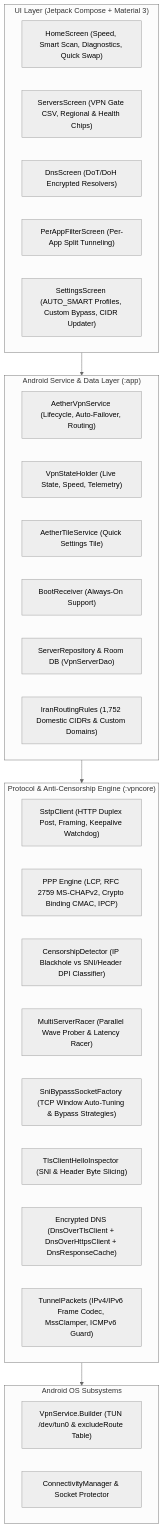
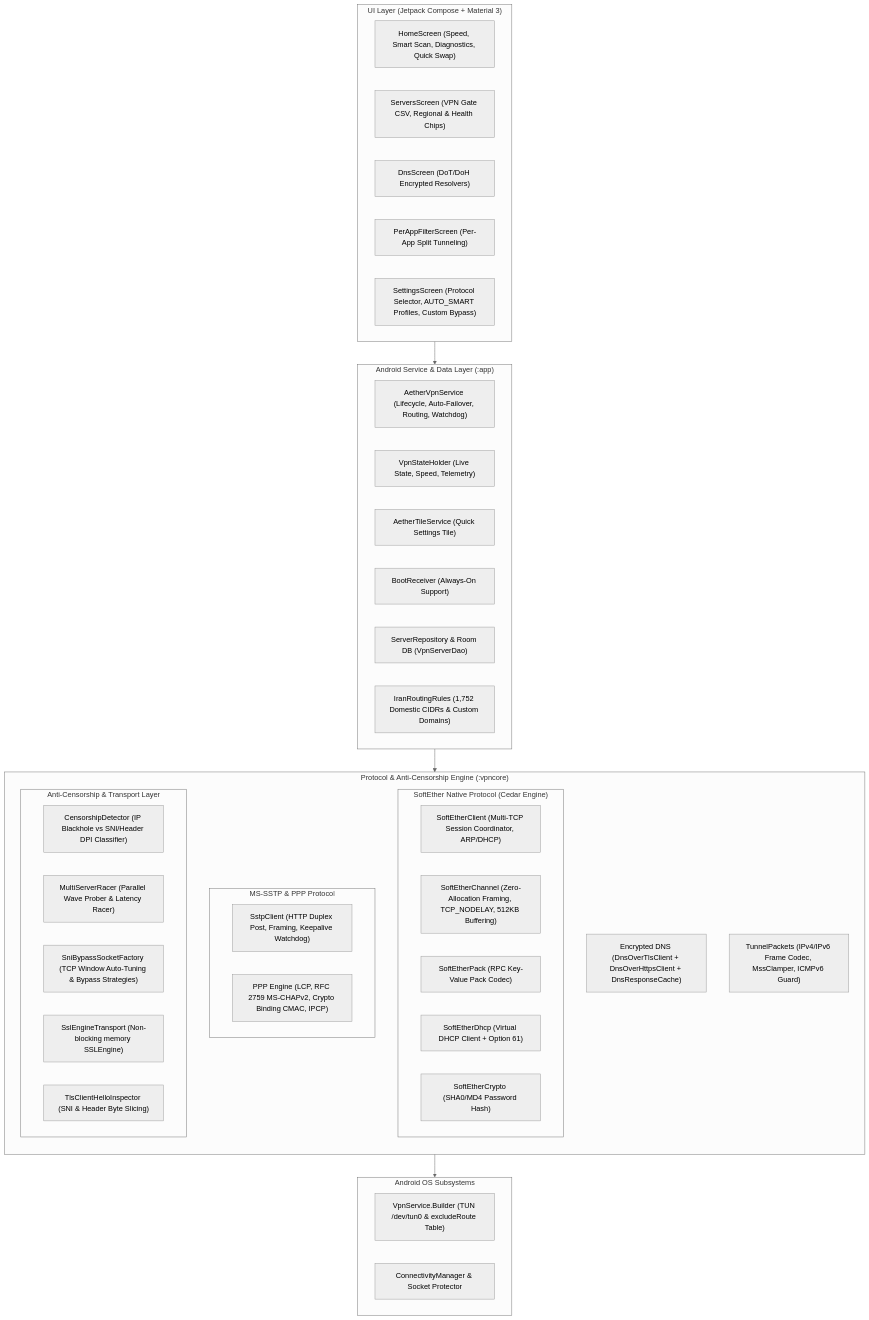
Before and after one commit to hadi3146/vpn: the diagram in README.md, drawn with Mermaid (neutral theme). The commit also changed other lines of this file and 11 other files, not shown here.

Commit message:
feat(softether): v1.9.0 release with native multi-TCP bonding, zero-allocation data pump, TCP_NODELAY, and comprehensive documentation

````diff
--- a/README.md
+++ b/README.md
@@ -42,39 +43,55 @@
 ```mermaid
 flowchart TD
     subgraph UI ["UI Layer (Jetpack Compose + Material 3)"]
         Home["HomeScreen (Speed, Smart Scan, Diagnostics, Quick Swap)"]
         Servers["ServersScreen (VPN Gate CSV, Regional & Health Chips)"]
         DNS["DnsScreen (DoT/DoH Encrypted Resolvers)"]
         Apps["PerAppFilterScreen (Per-App Split Tunneling)"]
-        Settings["SettingsScreen (AUTO_SMART Profiles, Custom Bypass, CIDR Updater)"]
+        Settings["SettingsScreen (Protocol Selector, AUTO_SMART Profiles, Custom Bypass)"]
     end
 
     subgraph AppService ["Android Service & Data Layer (:app)"]
-        VpnService["AetherVpnService (Lifecycle, Auto-Failover, Routing)"]
+        VpnService["AetherVpnService (Lifecycle, Auto-Failover, Routing, Watchdog)"]
         StateHolder["VpnStateHolder (Live State, Speed, Telemetry)"]
         TileService["AetherTileService (Quick Settings Tile)"]
         Boot["BootReceiver (Always-On Support)"]
         Repo["ServerRepository & Room DB (VpnServerDao)"]
         Rules["IranRoutingRules (1,752 Domestic CIDRs & Custom Domains)"]
     end
 
     subgraph CoreEngine ["Protocol & Anti-Censorship Engine (:vpncore)"]
-        SSTP["SstpClient (HTTP Duplex Post, Framing, Keepalive Watchdog)"]
-        PPP["PPP Engine (LCP, RFC 2759 MS-CHAPv2, Crypto Binding CMAC, IPCP)"]
-        Censorship["CensorshipDetector (IP Blackhole vs SNI/Header DPI Classifier)"]
-        Racer["MultiServerRacer (Parallel Wave Prober & Latency Racer)"]
-        SNIFactory["SniBypassSocketFactory (TCP Window Auto-Tuning & Bypass Strategies)"]
-        Inspector["TlsClientHelloInspector (SNI & Header Byte Slicing)"]
+        direction TB
+        subgraph SoftEtherEngine ["SoftEther Native Protocol (Cedar Engine)"]
+            SEClient["SoftEtherClient (Multi-TCP Session Coordinator, ARP/DHCP)"]
+            SEChannel["SoftEtherChannel (Zero-Allocation Framing, TCP_NODELAY, 512KB Buffering)"]
+            SEPack["SoftEtherPack (RPC Key-Value Pack Codec)"]
+            SEDhcp["SoftEtherDhcp (Virtual DHCP Client + Option 61)"]
+            SECrypto["SoftEtherCrypto (SHA0/MD4 Password Hash)"]
+        end
+
+        subgraph SstpEngine ["MS-SSTP & PPP Protocol"]
+            SSTP["SstpClient (HTTP Duplex Post, Framing, Keepalive Watchdog)"]
+            PPP["PPP Engine (LCP, RFC 2759 MS-CHAPv2, Crypto Binding CMAC, IPCP)"]
+        end
+
+        subgraph TransportBypass ["Anti-Censorship & Transport Layer"]
+            Censorship["CensorshipDetector (IP Blackhole vs SNI/Header DPI Classifier)"]
+            Racer["MultiServerRacer (Parallel Wave Prober & Latency Racer)"]
+            SNIFactory["SniBypassSocketFactory (TCP Window Auto-Tuning & Bypass Strategies)"]
+            SslEngine["SslEngineTransport (Non-blocking memory SSLEngine)"]
+            Inspector["TlsClientHelloInspector (SNI & Header Byte Slicing)"]
+        end
+
         DoTDoH["Encrypted DNS (DnsOverTlsClient + DnsOverHttpsClient + DnsResponseCache)"]
         TunEngine["TunnelPackets (IPv4/IPv6 Frame Codec, MssClamper, ICMPv6 Guard)"]
     end
 
     subgraph AndroidOS ["Android OS Subsystems"]
         VpnInterface["VpnService.Builder (TUN /dev/tun0 & excludeRoute Table)"]
         Connectivity["ConnectivityManager & Socket Protector"]
     end
 
     UI --> AppService
     AppService --> CoreEngine
     CoreEngine --> AndroidOS
 ```
````
